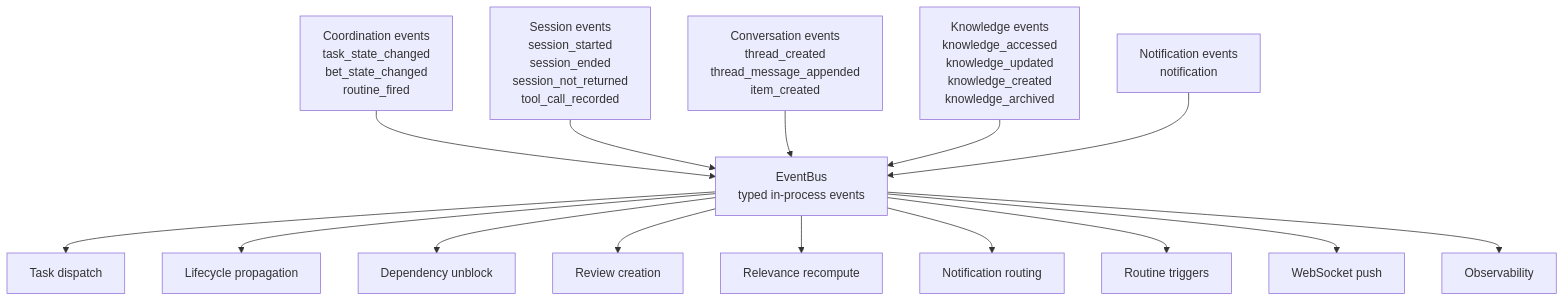
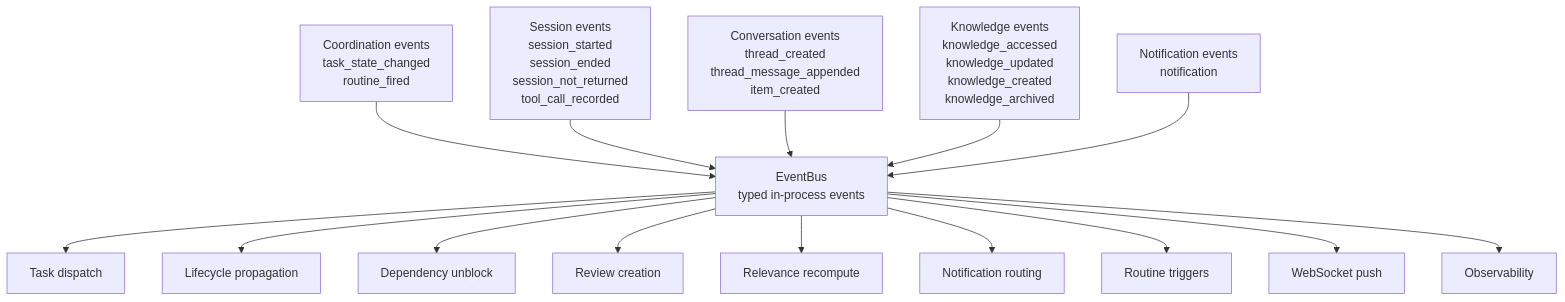
Diagram 11 of 12 in docs/architecture/as-implemented-domain-architecture.md (idle-builders/hyperidle), drawn with Mermaid before and after one commit. The commit also changed other lines of this file and 542 other files, not shown here.

````diff
--- a/docs/architecture/as-implemented-domain-architecture.md
+++ b/docs/architecture/as-implemented-domain-architecture.md
@@ -330,20 +328,20 @@
 ```mermaid
 flowchart TB
   EventBus["EventBus\ntyped in-process events"]
 
-  CoordinationEvents["Coordination events\ntask_state_changed\nbet_state_changed\nroutine_fired"] --> EventBus
+  CoordinationEvents["Coordination events\ntask_state_changed\nroutine_fired"] --> EventBus
   SessionEvents["Session events\nsession_started\nsession_ended\nsession_not_returned\ntool_call_recorded"] --> EventBus
   ConversationEvents["Conversation events\nthread_created\nthread_message_appended\nitem_created"] --> EventBus
   KnowledgeEvents["Knowledge events\nknowledge_accessed\nknowledge_updated\nknowledge_created\nknowledge_archived"] --> EventBus
   NotificationEvents["Notification events\nnotification"] --> EventBus
 
   EventBus --> TaskDispatch["Task dispatch"]
   EventBus --> Lifecycle["Lifecycle propagation"]
   EventBus --> Dependency["Dependency unblock"]
   EventBus --> ReviewCreation["Review creation"]
   EventBus --> Relevance["Relevance recompute"]
   EventBus --> Notifications["Notification routing"]
   EventBus --> Routines["Routine triggers"]
   EventBus --> Push["WebSocket push"]
   EventBus --> Observability["Observability"]
 ```
````
